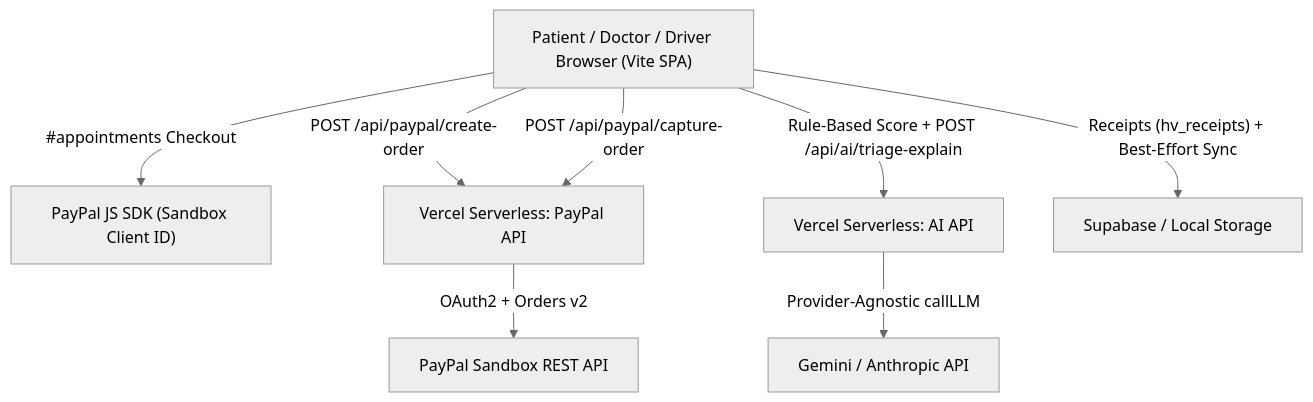
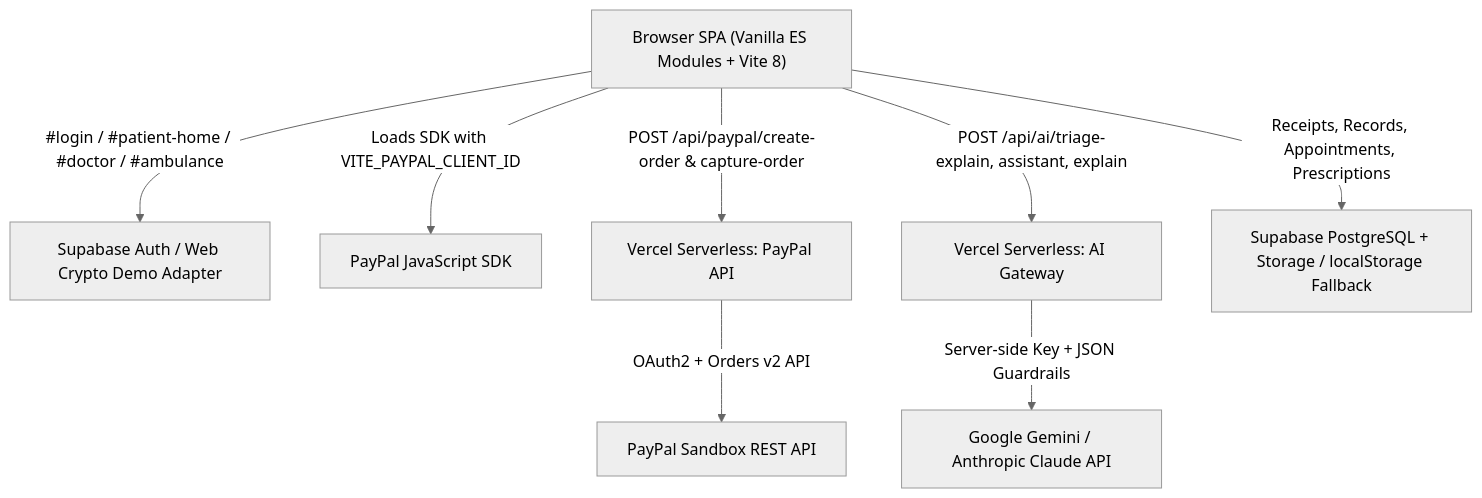
The diagram in README.md (TS-Anusha27/healthverse), drawn with Mermaid (neutral theme) before and after one commit. The commit also changed other lines of this file and 1 other file, not shown here.

Commit message:
Docs: Overhaul README with PayPal & AI guides, full tech stack, setup instructions, and MIT OSI license metadata

````diff
--- a/README.md
+++ b/README.md
@@ -69,10 +110,10 @@
 ```mermaid
 flowchart TD
-  U["Patient / Doctor / Driver Browser (Vite SPA)"] -->|"#appointments Checkout"| SDK["PayPal JS SDK (Sandbox Client ID)"]
-  U -->|"POST /api/paypal/create-order"| PAPI["Vercel Serverless: PayPal API"]
-  U -->|"POST /api/paypal/capture-order"| PAPI
-  PAPI -->|"OAuth2 + Orders v2"| PP["PayPal Sandbox REST API"]
-  U -->|"Rule-Based Score + POST /api/ai/triage-explain"| AAPI["Vercel Serverless: AI API"]
-  AAPI -->|"Provider-Agnostic callLLM"| LLM["Gemini / Anthropic API"]
-  U -->|"Receipts (hv_receipts) + Best-Effort Sync"| SB["Supabase / Local Storage"]
+  Browser["Browser SPA (Vanilla ES Modules + Vite 8)"] -->|"#login / #patient-home / #doctor / #ambulance"| Auth["Supabase Auth / Web Crypto Demo Adapter"]
+  Browser -->|"Loads SDK with VITE_PAYPAL_CLIENT_ID"| PPSDK["PayPal JavaScript SDK"]
+  Browser -->|"POST /api/paypal/create-order & capture-order"| PayAPI["Vercel Serverless: PayPal API"]
+  PayAPI -->|"OAuth2 + Orders v2 API"| PP["PayPal Sandbox REST API"]
+  Browser -->|"POST /api/ai/triage-explain, assistant, explain"| AIAPI["Vercel Serverless: AI Gateway"]
+  AIAPI -->|"Server-side Key + JSON Guardrails"| LLM["Google Gemini / Anthropic Claude API"]
+  Browser -->|"Receipts, Records, Appointments, Prescriptions"| DB["Supabase PostgreSQL + Storage / localStorage Fallback"]
 ```
````
